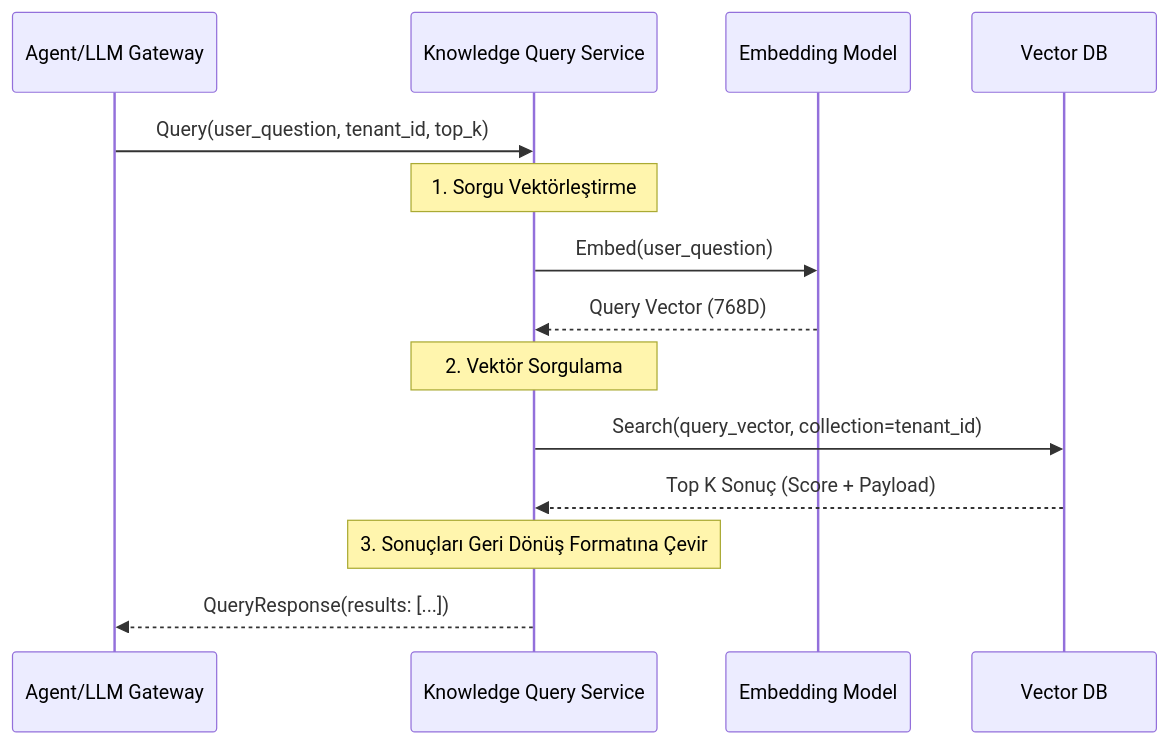
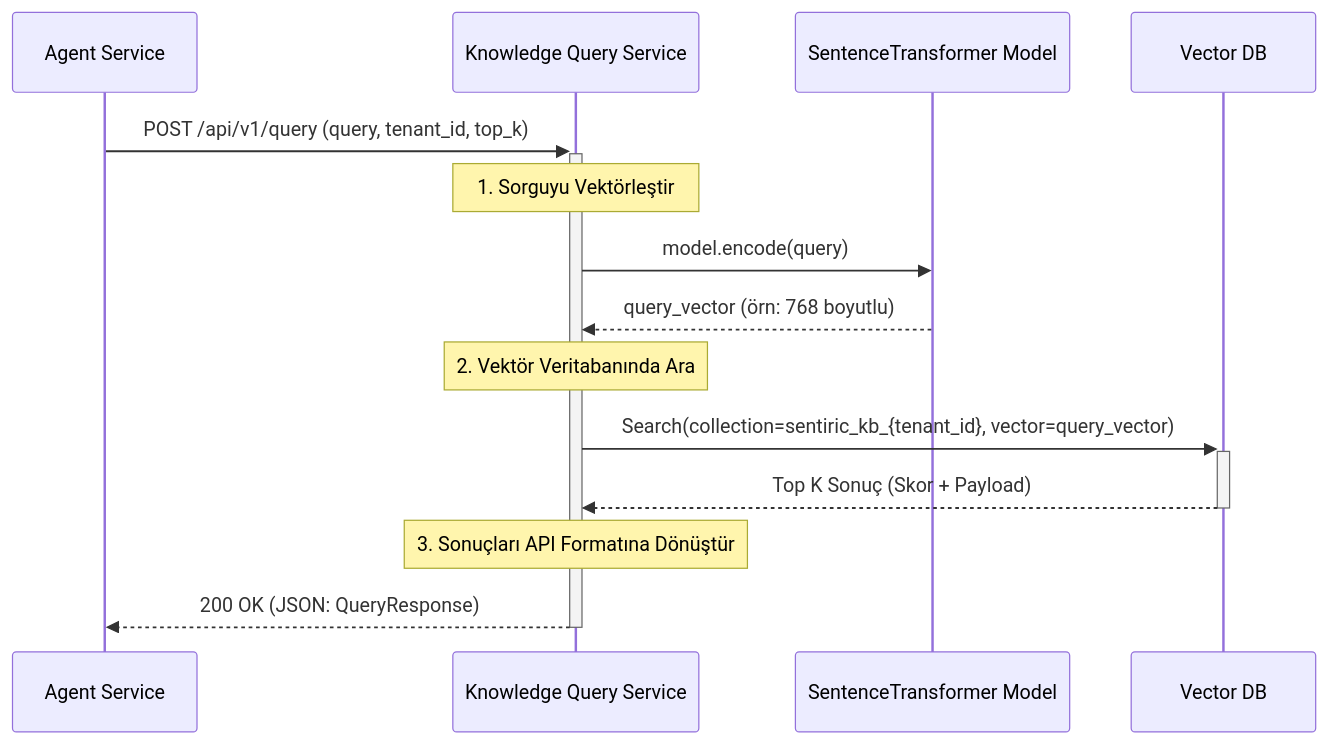
The first of 2 diagrams in LOGIC.md (sentiric/sentiric-knowledge-query-service), drawn with Mermaid before and after one commit. The commit also changed other lines of this file and 6 other files, not shown here.

````diff
--- a/LOGIC.md
+++ b/LOGIC.md
@@ -11,20 +11,20 @@
 ```mermaid
 sequenceDiagram
-    participant Agent as Agent/LLM Gateway
+    participant Agent as Agent Service
     participant QueryService as Knowledge Query Service
-    participant Embedding as Embedding Model
+    participant Embedding as SentenceTransformer Model
     participant Qdrant as Vector DB
+
+    Agent->>+QueryService: POST /api/v1/query (query, tenant_id, top_k)
     
-    Agent->>QueryService: Query(user_question, tenant_id, top_k)
+    Note over QueryService: 1. Sorguyu Vektörleştir
+    QueryService->>Embedding: model.encode(query)
+    Embedding-->>QueryService: query_vector (örn: 768 boyutlu)
     
-    Note over QueryService: 1. Sorgu Vektörleştirme
-    QueryService->>Embedding: Embed(user_question)
-    Embedding-->>QueryService: Query Vector (768D)
+    Note over QueryService: 2. Vektör Veritabanında Ara
+    QueryService->>+Qdrant: Search(collection=sentiric_kb_{tenant_id}, vector=query_vector)
+    Qdrant-->>-QueryService: Top K Sonuç (Skor + Payload)
     
-    Note over QueryService: 2. Vektör Sorgulama
-    QueryService->>Qdrant: Search(query_vector, collection=tenant_id)
-    Qdrant-->>QueryService: Top K Sonuç (Score + Payload)
-    
-    Note over QueryService: 3. Sonuçları Geri Dönüş Formatına Çevir
-    QueryService-->>Agent: QueryResponse(results: [...])
+    Note over QueryService: 3. Sonuçları API Formatına Dönüştür
+    QueryService-->>-Agent: 200 OK (JSON: QueryResponse)
 ```
````
